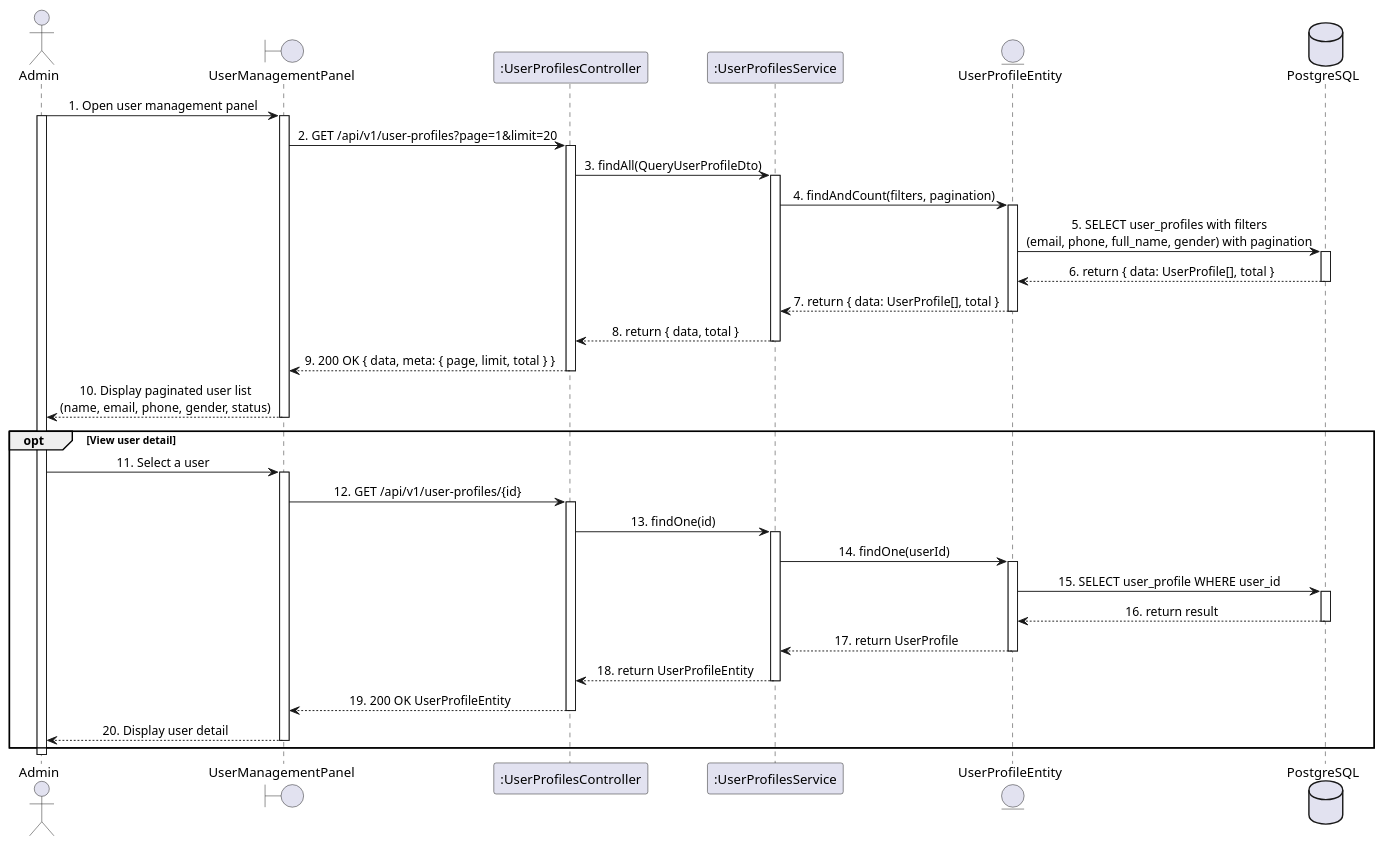
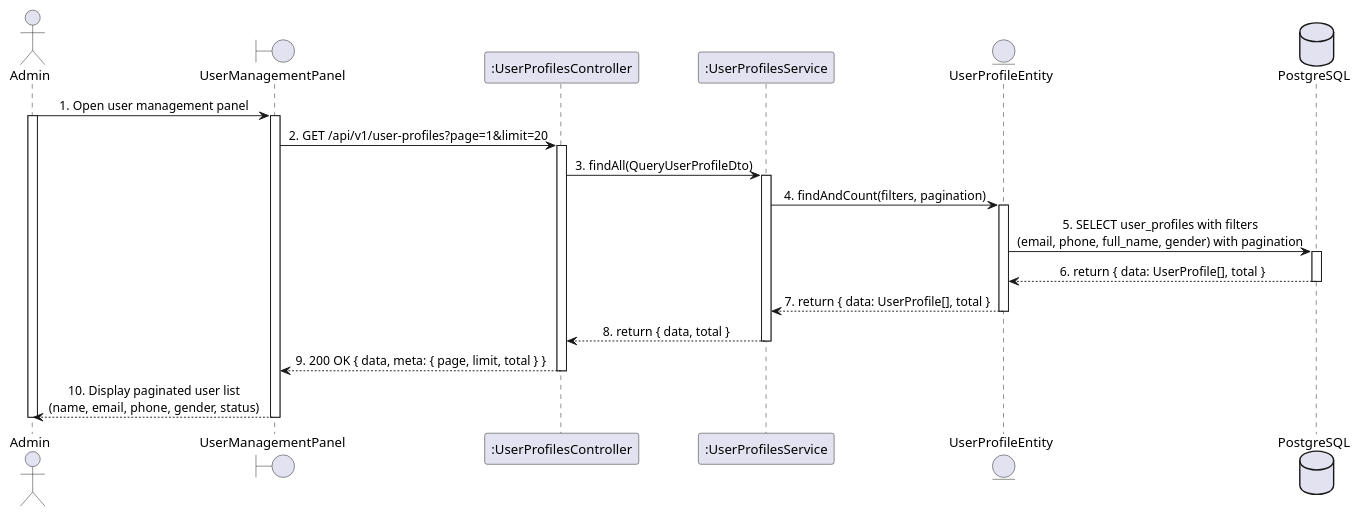
Before and after one commit to LTPPPP/Smart-Medical-Intelligent-Ledger-for-E-health-S.M.I.L.E-: the diagram in docs/sequence-diagram/UC20_ViewUserList.puml, drawn with PlantUML. The commit also changed 144 other files, not shown here.

Commit message:
doc: update sequence and class diagram

```diff
--- a/docs/sequence-diagram/UC20_ViewUserList.puml
+++ b/docs/sequence-diagram/UC20_ViewUserList.puml
@@ -1,70 +1,41 @@
 @startuml SequenceDiagram
 skinparam shadowing false
 skinparam sequenceMessageAlign center
 actor "Admin" as user
 boundary "UserManagementPanel" as form
 participant ":UserProfilesController" as ctrl
 participant ":UserProfilesService" as profSvc
 entity "UserProfileEntity" as profEntity
 database "PostgreSQL" as db
 
 user -> form : 1. Open user management panel
 activate user
 activate form
 
 form -> ctrl : 2. GET /api/v1/user-profiles?page=1&limit=20
 activate ctrl
 
 ctrl -> profSvc : 3. findAll(QueryUserProfileDto)
 activate profSvc
 
 profSvc -> profEntity : 4. findAndCount(filters, pagination)
 activate profEntity
 profEntity -> db : 5. SELECT user_profiles with filters\n(email, phone, full_name, gender) with pagination
 activate db
 db --> profEntity : 6. return { data: UserProfile[], total }
 deactivate db
 profEntity --> profSvc : 7. return { data: UserProfile[], total }
 deactivate profEntity
 
 profSvc --> ctrl : 8. return { data, total }
 deactivate profSvc
 
 ctrl --> form : 9. 200 OK { data, meta: { page, limit, total } }
 deactivate ctrl
 
 form --> user : 10. Display paginated user list\n(name, email, phone, gender, status)
 deactivate form
 
-opt View user detail
-  user -> form : 11. Select a user
-  activate form
-
-  form -> ctrl : 12. GET /api/v1/user-profiles/{id}
-  activate ctrl
-
-  ctrl -> profSvc : 13. findOne(id)
-  activate profSvc
-
-  profSvc -> profEntity : 14. findOne(userId)
-  activate profEntity
-  profEntity -> db : 15. SELECT user_profile WHERE user_id
-  activate db
-  db --> profEntity : 16. return result
-  deactivate db
-  profEntity --> profSvc : 17. return UserProfile
-  deactivate profEntity
-
-  profSvc --> ctrl : 18. return UserProfileEntity
-  deactivate profSvc
-
-  ctrl --> form : 19. 200 OK UserProfileEntity
-  deactivate ctrl
-
-  form --> user : 20. Display user detail
-  deactivate form
-end
-
 deactivate user
 
 @enduml
```
